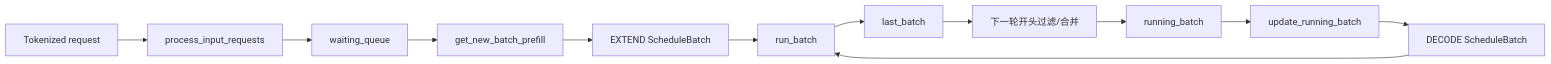
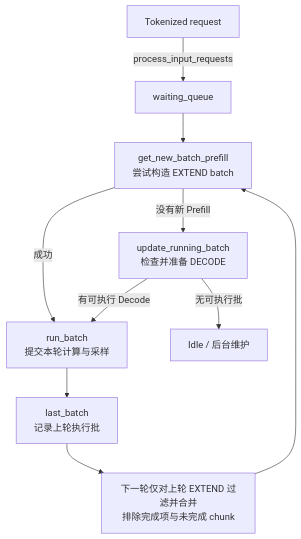
Before and after one commit to Asher-XunZhang/ai-infra-wiki: the first of 7 diagrams in sglang/SGLang 调度器请求生命周期与重叠调度学习文档.md, drawn with Mermaid. The commit also changed other lines of this file and 11 other files, not shown here.

````diff
--- a/sglang/SGLang 调度器请求生命周期与重叠调度学习文档.md
+++ b/sglang/SGLang 调度器请求生命周期与重叠调度学习文档.md
@@ -79,14 +81,12 @@
 ```mermaid
-flowchart LR
-    A[Tokenized request] --> B[process_input_requests]
-    B --> C[waiting_queue]
-    C --> D[get_new_batch_prefill]
-    D --> E[EXTEND ScheduleBatch]
-    E --> F[run_batch]
-    F --> G[last_batch]
-    G --> H[下一轮开头过滤/合并]
-    H --> I[running_batch]
-    I --> J[update_running_batch]
-    J --> K[DECODE ScheduleBatch]
-    K --> F
+flowchart TD
+    A["Tokenized request"] -->|"process_input_requests"| B["waiting_queue"]
+    B --> C["get_new_batch_prefill<br/>尝试构造 EXTEND batch"]
+    C -->|"成功"| D["run_batch<br/>提交本轮计算与采样"]
+    C -->|"没有新 Prefill"| G["update_running_batch<br/>检查并准备 DECODE"]
+    G -->|"有可执行 Decode"| D
+    G -->|"无可执行批"| I["Idle / 后台维护"]
+    D --> E["last_batch<br/>记录上轮执行批"]
+    E --> F["下一轮仅对上轮 EXTEND 过滤并合并<br/>排除完成项与未完成 chunk"]
+    F --> C
 ```
````
